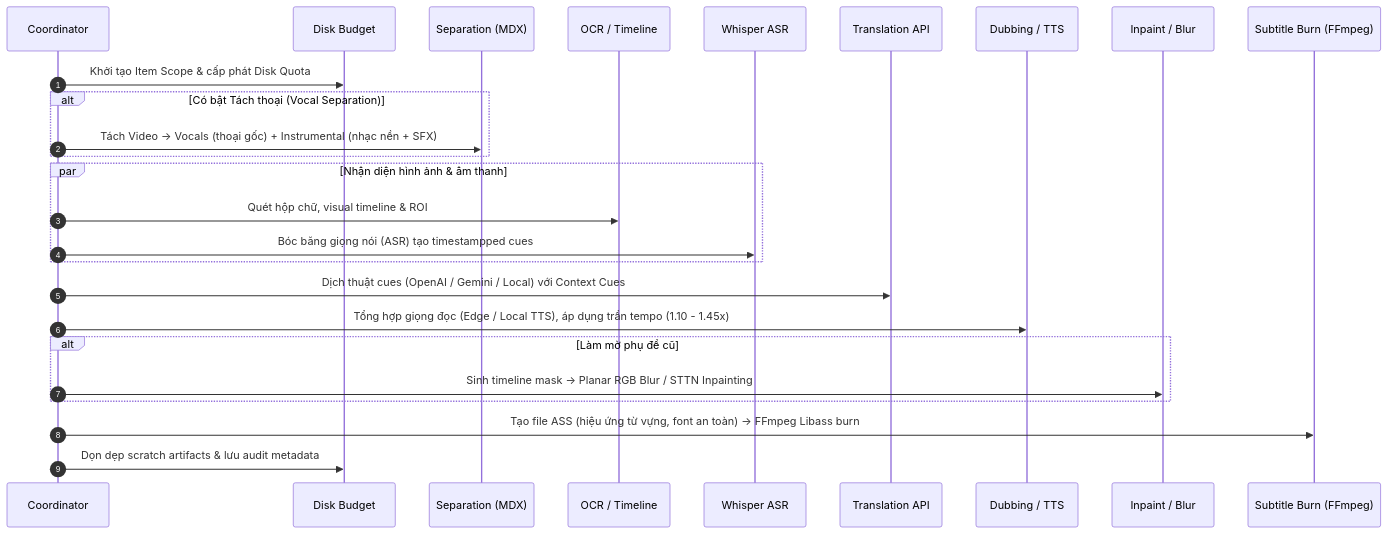
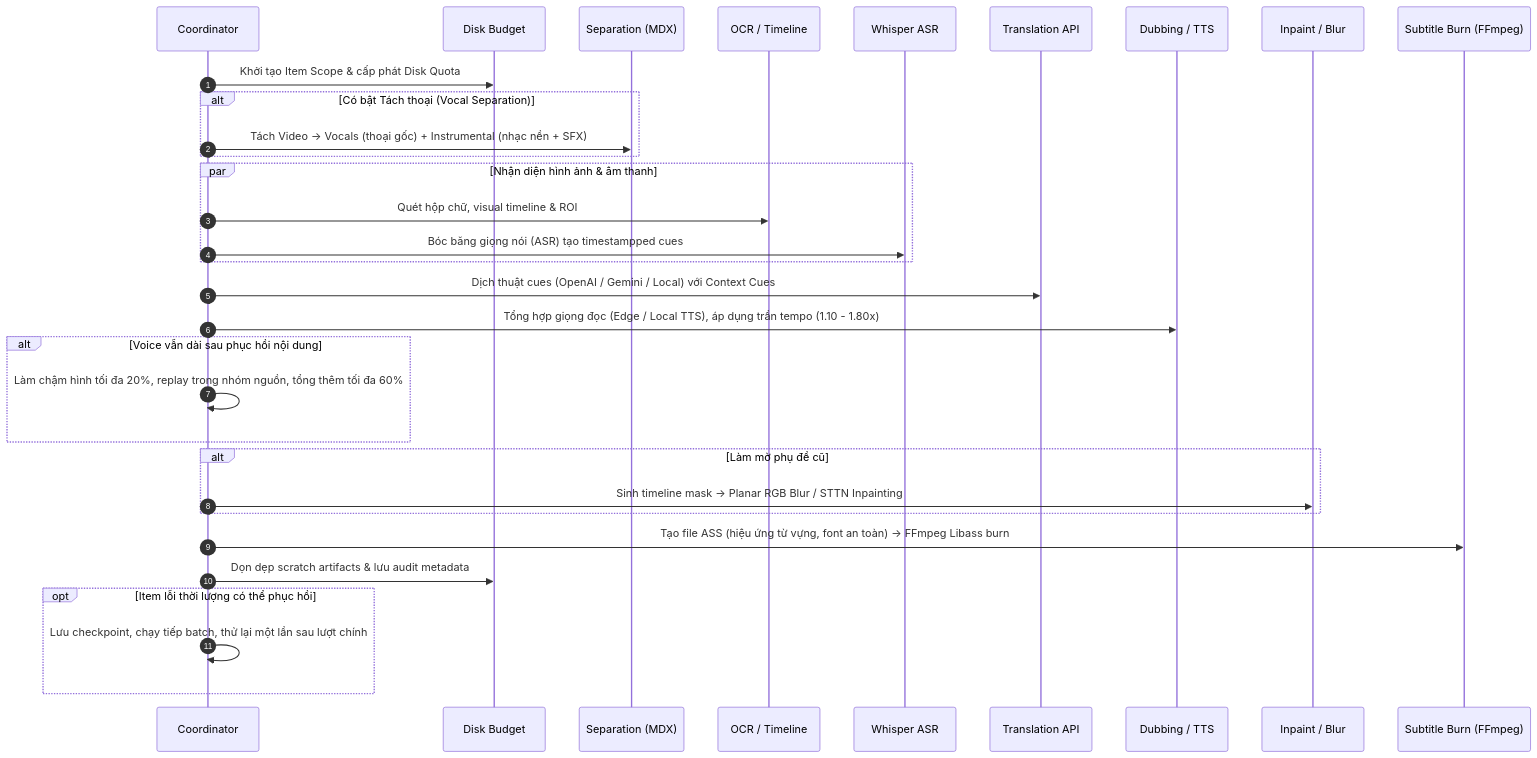
Before and after one commit to nhathao-nguyen/TediaPros: the second of 2 diagrams in docs/architecture.md, drawn with Mermaid. The commit also changed other lines of this file and 67 other files, not shown here.

````diff
--- a/docs/architecture.md
+++ b/docs/architecture.md
@@ -76,34 +76,42 @@
 ```mermaid
 sequenceDiagram
     autonumber
     participant Coord as Coordinator
     participant Disk as Disk Budget
     participant Sep as Separation (MDX)
     participant OCR as OCR / Timeline
     participant Whisper as Whisper ASR
     participant Trans as Translation API
     participant TTS as Dubbing / TTS
     participant Blur as Inpaint / Blur
     participant Burn as Subtitle Burn (FFmpeg)
 
     Coord->>Disk: Khởi tạo Item Scope & cấp phát Disk Quota
 
     alt Có bật Tách thoại (Vocal Separation)
         Coord->>Sep: Tách Video -> Vocals (thoại gốc) + Instrumental (nhạc nền + SFX)
     end
 
     par Nhận diện hình ảnh & âm thanh
         Coord->>OCR: Quét hộp chữ, visual timeline & ROI
         Coord->>Whisper: Bóc băng giọng nói (ASR) tạo timestampped cues
     end
 
     Coord->>Trans: Dịch thuật cues (OpenAI / Gemini / Local) với Context Cues
-    Coord->>TTS: Tổng hợp giọng đọc (Edge / Local TTS), áp dụng trần tempo (1.10 - 1.45x)
+    Coord->>TTS: Tổng hợp giọng đọc (Edge / Local TTS), áp dụng trần tempo (1.10 - 1.80x)
+
+    alt Voice vẫn dài sau phục hồi nội dung
+        Coord->>Coord: Làm chậm hình tối đa 20%, replay trong nhóm nguồn, tổng thêm tối đa 60%
+    end
 
     alt Làm mờ phụ đề cũ
         Coord->>Blur: Sinh timeline mask -> Planar RGB Blur / STTN Inpainting
     end
 
     Coord->>Burn: Tạo file ASS (hiệu ứng từ vựng, font an toàn) -> FFmpeg Libass burn
     Coord->>Disk: Dọn dẹp scratch artifacts & lưu audit metadata
+
+    opt Item lỗi thời lượng có thể phục hồi
+        Coord->>Coord: Lưu checkpoint, chạy tiếp batch, thử lại một lần sau lượt chính
+    end
 ```
````
